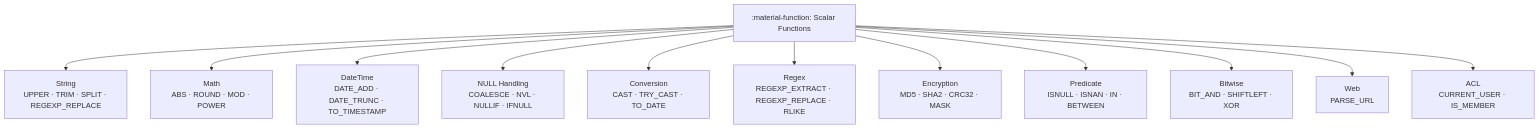
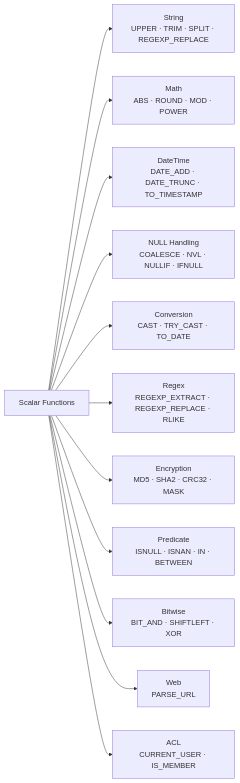
The diagram in spark-sql/docs/functions/scalar/index.md (mahfooziiitian/spark-batch), drawn with Mermaid before and after one commit. The commit also changed other lines of this file and 809 other files, not shown here.

````diff
--- a/spark-sql/docs/functions/scalar/index.md
+++ b/spark-sql/docs/functions/scalar/index.md
@@ -11,14 +11,14 @@
 ```mermaid
-flowchart TD
-    S[":material-function: Scalar Functions"] --> STR["String\nUPPER · TRIM · SPLIT · REGEXP_REPLACE"]
+flowchart LR
+    S["Scalar Functions"] --> STR["String\nUPPER · TRIM · SPLIT · REGEXP_REPLACE"]
     S --> MTH["Math\nABS · ROUND · MOD · POWER"]
     S --> DT["DateTime\nDATE_ADD · DATE_TRUNC · TO_TIMESTAMP"]
     S --> NL["NULL Handling\nCOALESCE · NVL · NULLIF · IFNULL"]
     S --> CV["Conversion\nCAST · TRY_CAST · TO_DATE"]
     S --> RX["Regex\nREGEXP_EXTRACT · REGEXP_REPLACE · RLIKE"]
     S --> EN["Encryption\nMD5 · SHA2 · CRC32 · MASK"]
     S --> PR["Predicate\nISNULL · ISNAN · IN · BETWEEN"]
     S --> BW["Bitwise\nBIT_AND · SHIFTLEFT · XOR"]
     S --> WB["Web\nPARSE_URL"]
     S --> AC["ACL\nCURRENT_USER · IS_MEMBER"]
 ```
````
